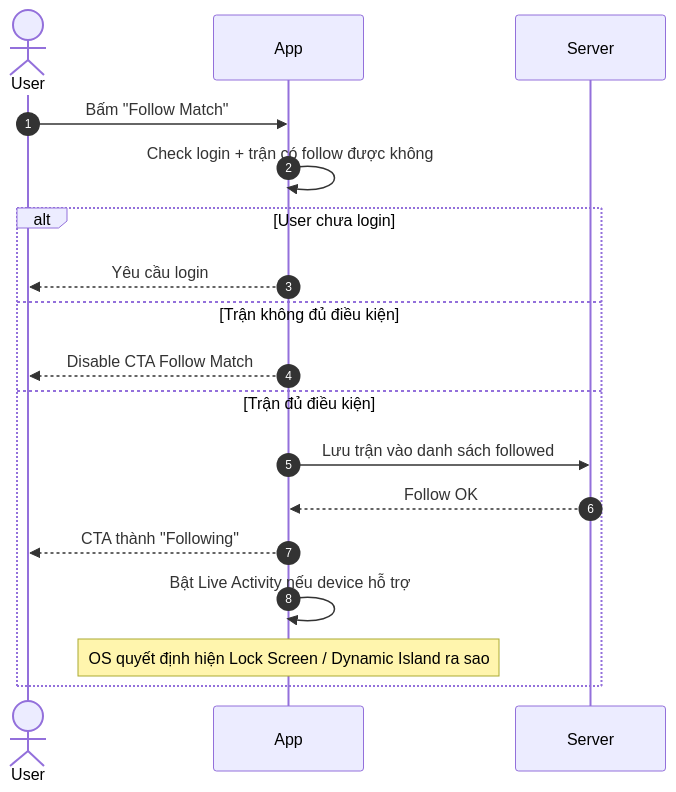
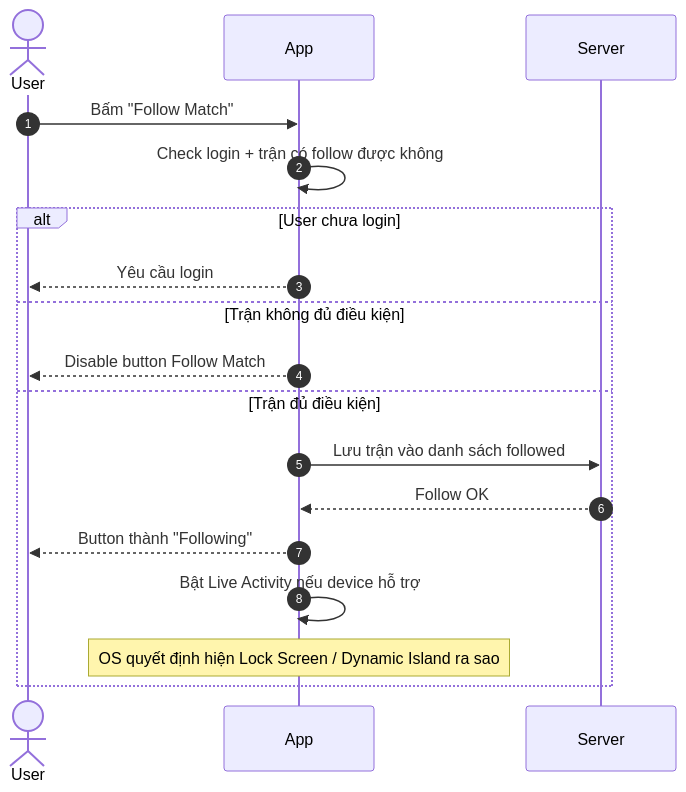
The first of 4 diagrams in features/final-docs/Sport-Zone/Live-Activity/product/live-activity-user-flows-functional-requirements.md (duongdang1136/FPTPLay), drawn with Mermaid before and after one commit. The commit also changed other lines of this file, not shown here.

Commit message:
docs: rename live activity cta wording to button

````diff
--- a/features/final-docs/Sport-Zone/Live-Activity/product/live-activity-user-flows-functional-requirements.md
+++ b/features/final-docs/Sport-Zone/Live-Activity/product/live-activity-user-flows-functional-requirements.md
@@ -30,23 +30,23 @@
 ```mermaid
 sequenceDiagram
     autonumber
 
     actor User
     participant App
     participant Server
 
     User->>App: Bấm "Follow Match"
     App->>App: Check login + trận có follow được không
 
     alt User chưa login
         App-->>User: Yêu cầu login
     else Trận không đủ điều kiện
-        App-->>User: Disable CTA Follow Match
+        App-->>User: Disable button Follow Match
     else Trận đủ điều kiện
         App->>Server: Lưu trận vào danh sách followed
         Server-->>App: Follow OK
-        App-->>User: CTA thành "Following"
+        App-->>User: Button thành "Following"
         App->>App: Bật Live Activity nếu device hỗ trợ
         Note over App: OS quyết định hiện Lock Screen / Dynamic Island ra sao
     end
 ```
````
